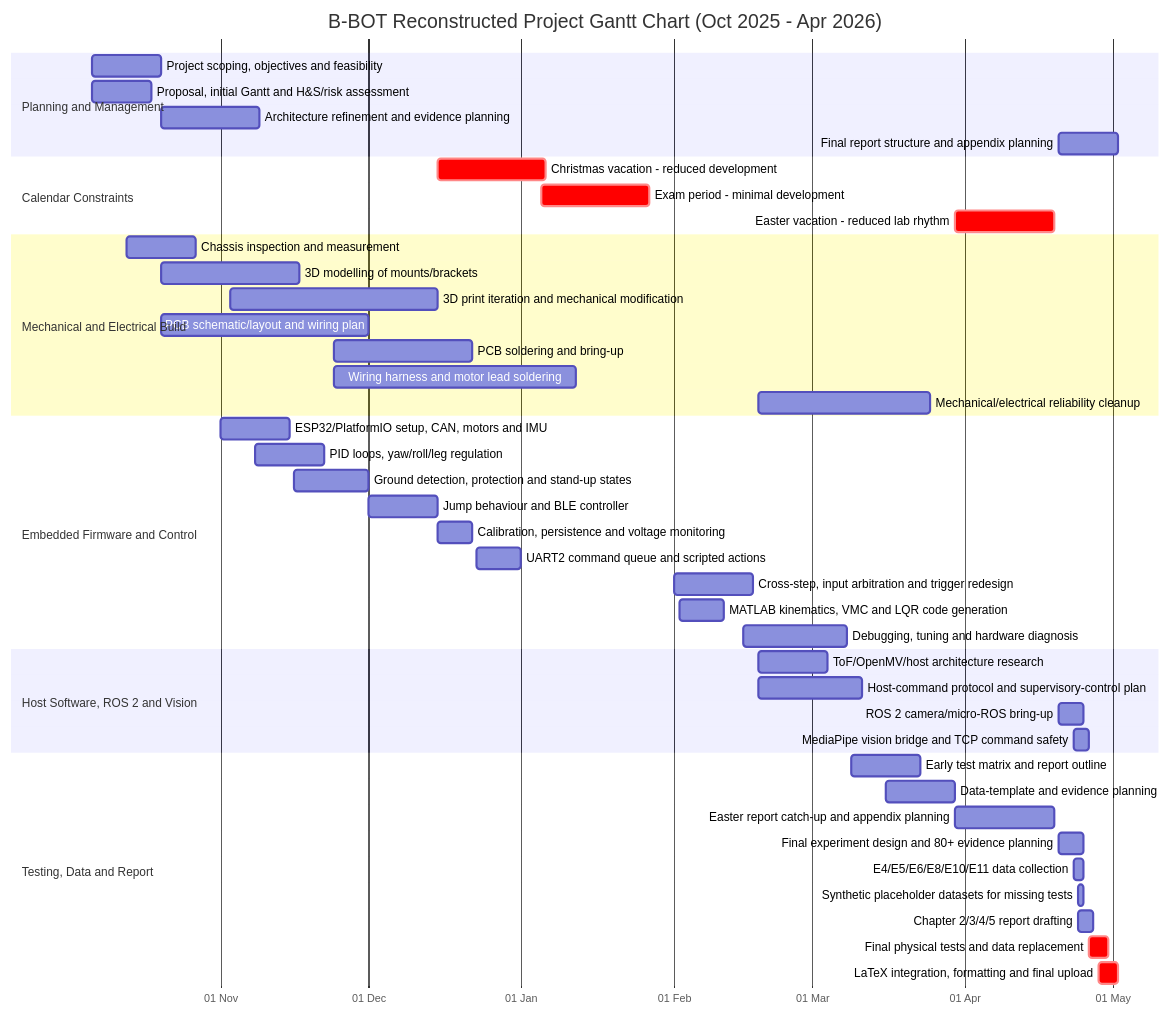
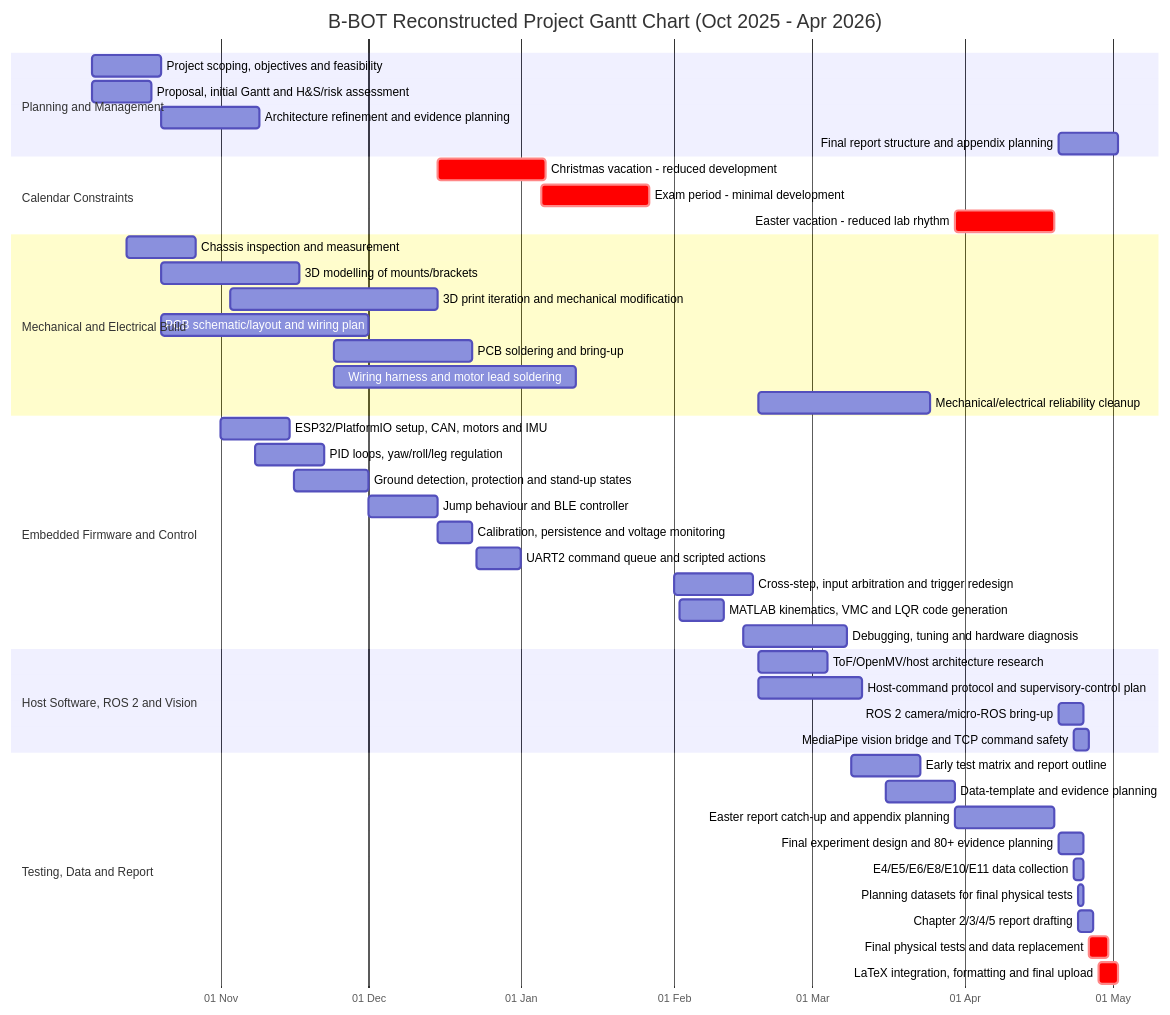
The diagram in Report/planning/Project_Management_Gantt_and_Weekly_Log.md (Realsbt/B-BOT), drawn with Mermaid before and after one commit. The commit also changed other lines of this file and 116 other files, not shown here.

````diff
--- a/Report/planning/Project_Management_Gantt_and_Weekly_Log.md
+++ b/Report/planning/Project_Management_Gantt_and_Weekly_Log.md
@@ -23,54 +23,54 @@
 ```mermaid
 gantt
     title B-BOT Reconstructed Project Gantt Chart (Oct 2025 - Apr 2026)
     dateFormat  YYYY-MM-DD
     axisFormat  %d %b
 
     section Planning and Management
     Project scoping, objectives and feasibility        :p1, 2025-10-06, 14d
     Proposal, initial Gantt and H&S/risk assessment    :p2, 2025-10-06, 12d
     Architecture refinement and evidence planning      :p3, 2025-10-20, 20d
     Final report structure and appendix planning       :p4, 2026-04-20, 12d
 
     section Calendar Constraints
     Christmas vacation - reduced development           :crit, c1, 2025-12-15, 22d
     Exam period - minimal development                  :crit, c2, 2026-01-05, 22d
     Easter vacation - reduced lab rhythm               :crit, c3, 2026-03-30, 20d
 
     section Mechanical and Electrical Build
     Chassis inspection and measurement                 :m1, 2025-10-13, 14d
     3D modelling of mounts/brackets                    :m2, 2025-10-20, 28d
     3D print iteration and mechanical modification     :m3, 2025-11-03, 42d
     PCB schematic/layout and wiring plan               :m4, 2025-10-20, 42d
     PCB soldering and bring-up                         :m5, 2025-11-24, 28d
     Wiring harness and motor lead soldering            :m6, 2025-11-24, 49d
     Mechanical/electrical reliability cleanup          :m7, 2026-02-18, 35d
 
     section Embedded Firmware and Control
     ESP32/PlatformIO setup, CAN, motors and IMU         :e1, 2025-11-01, 14d
     PID loops, yaw/roll/leg regulation                 :e2, 2025-11-08, 14d
     Ground detection, protection and stand-up states   :e3, 2025-11-16, 15d
     Jump behaviour and BLE controller                  :e4, 2025-12-01, 14d
     Calibration, persistence and voltage monitoring    :e5, 2025-12-15, 7d
     UART2 command queue and scripted actions           :e6, 2025-12-23, 9d
     Cross-step, input arbitration and trigger redesign :e7, 2026-02-01, 16d
     MATLAB kinematics, VMC and LQR code generation     :e8, 2026-02-02, 9d
     Debugging, tuning and hardware diagnosis           :e9, 2026-02-15, 21d
 
     section Host Software, ROS 2 and Vision
     ToF/OpenMV/host architecture research              :h1, 2026-02-18, 14d
     Host-command protocol and supervisory-control plan :h2, 2026-02-18, 21d
     ROS 2 camera/micro-ROS bring-up                    :h3, 2026-04-20, 5d
     MediaPipe vision bridge and TCP command safety     :h4, 2026-04-23, 3d
 
     section Testing, Data and Report
     Early test matrix and report outline               :t1, 2026-03-09, 14d
     Data-template and evidence planning                :t2, 2026-03-16, 14d
     Easter report catch-up and appendix planning       :t3, 2026-03-30, 20d
     Final experiment design and 80+ evidence planning  :t4, 2026-04-20, 5d
     E4/E5/E6/E8/E10/E11 data collection                :t5, 2026-04-23, 2d
-    Synthetic placeholder datasets for missing tests   :t6, 2026-04-24, 1d
+    Planning datasets for final physical tests            :t6, 2026-04-24, 1d
     Chapter 2/3/4/5 report drafting                    :t7, 2026-04-24, 3d
     Final physical tests and data replacement          :crit, t8, 2026-04-26, 4d
     LaTeX integration, formatting and final upload     :crit, t9, 2026-04-28, 4d
 ```
````
